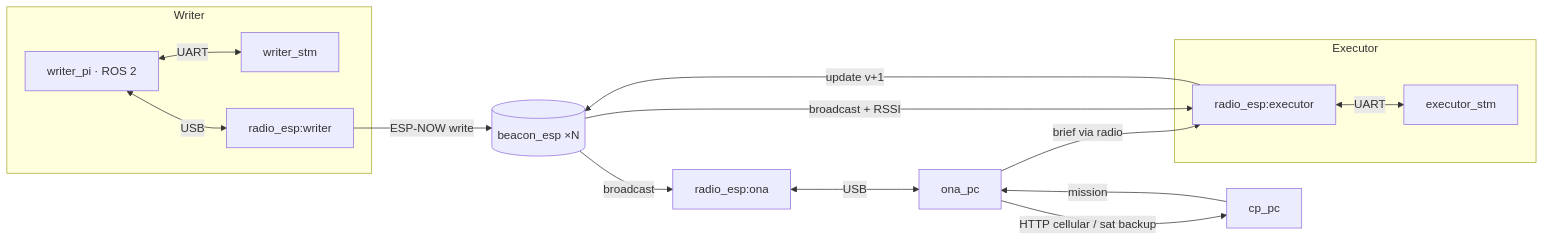
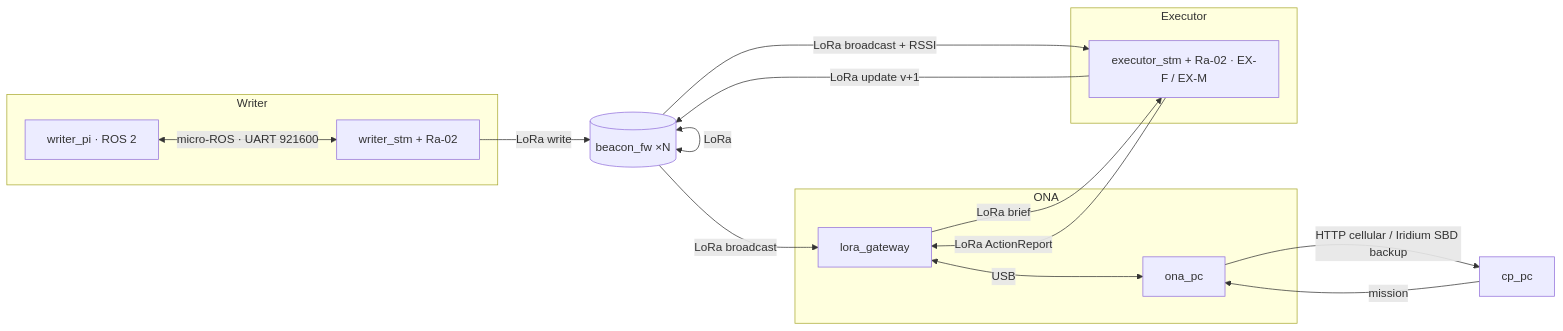
Before and after one commit to MedAminHaffouz/living-map: the diagram in README.md, drawn with Mermaid. The commit also changed other lines of this file and 27 other files, not shown here.

First line of the commit message:
firmware: beacon_fw + lora_gateway on LoRa, drop radio_esp / beacon_esp

````diff
--- a/README.md
+++ b/README.md
@@ -22,18 +22,21 @@
 ```mermaid
 flowchart LR
   subgraph Writer
-    PI[writer_pi · ROS 2] <-- UART --> WSTM[writer_stm]
-    PI <-- USB --> WR[radio_esp:writer]
+    PI[writer_pi · ROS 2] <-- micro-ROS · UART 921600 --> WSTM[writer_stm + Ra-02]
   end
-  WR -- ESP-NOW write --> B[(beacon_esp ×N)]
-  B -- broadcast --> OR[radio_esp:ona]
-  OR <-- USB --> ONA[ona_pc]
-  ONA -- HTTP cellular / sat backup --> CP[cp_pc]
-  CP -- mission --> ONA
-  ONA -- brief via radio --> ER[radio_esp:executor]
+  WSTM -- LoRa write --> B[(beacon_fw ×N)]
+  B <-- LoRa --> B
+  B -- LoRa broadcast --> GW[lora_gateway]
+  subgraph ONA
+    GW <-- USB --> ONAPC[ona_pc]
+  end
+  ONAPC -- HTTP cellular / Iridium SBD backup --> CP[cp_pc]
+  CP -- mission --> ONAPC
+  GW -- LoRa brief --> ESTM
   subgraph Executor
-    ER <-- UART --> ESTM[executor_stm]
+    ESTM[executor_stm + Ra-02 · EX-F / EX-M]
   end
-  B -- broadcast + RSSI --> ER
-  ER -- update v+1 --> B
+  B -- LoRa broadcast + RSSI --> ESTM
+  ESTM -- LoRa update v+1 --> B
+  ESTM -- LoRa ActionReport --> GW
 ```
````
